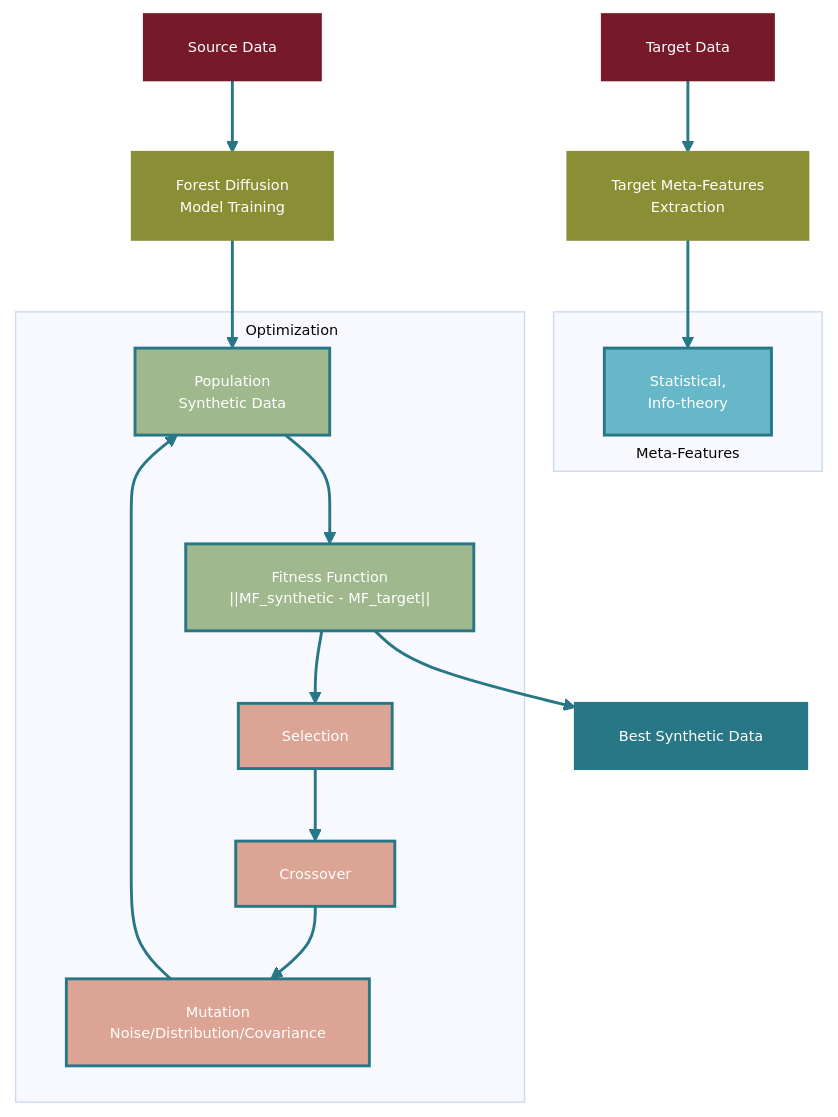
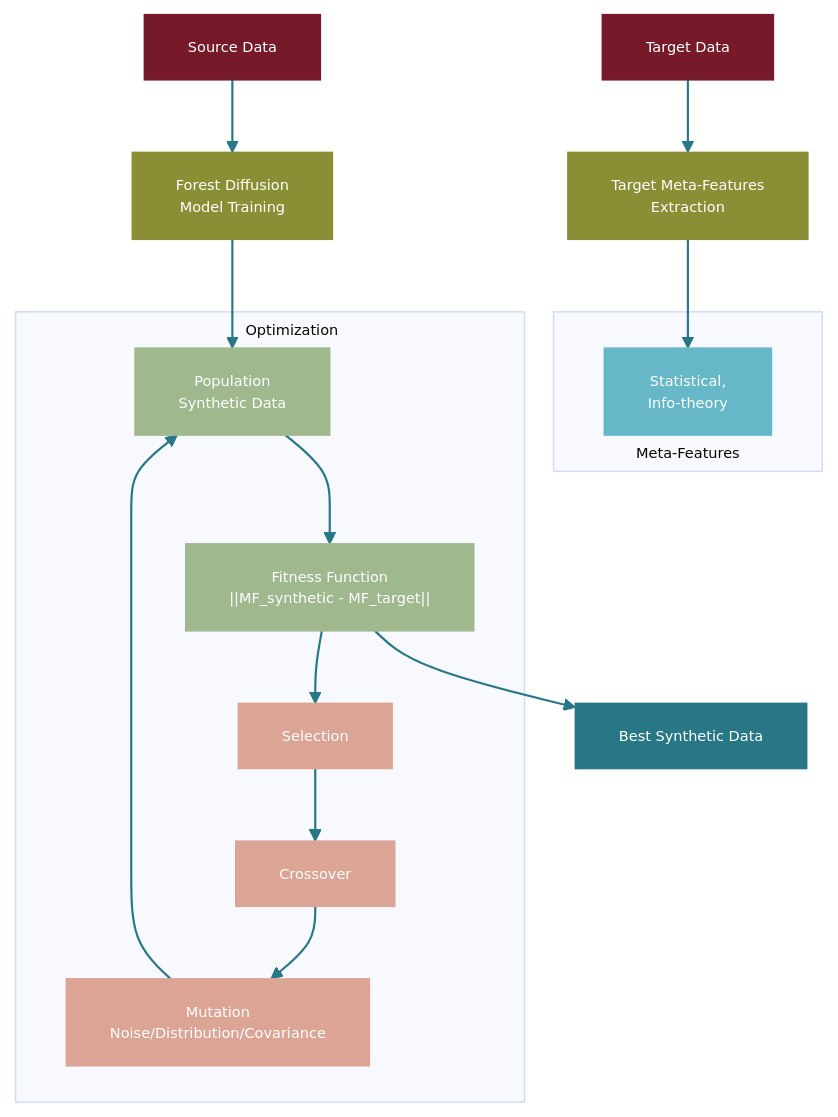
Before and after one commit to ITMO-NSS-team/OOD_Tab_Evaluation: the second of 2 diagrams in README.md, drawn with Mermaid. The commit also changed other lines of this file, not shown here.

````diff
--- a/README.md
+++ b/README.md
@@ -121,36 +121,36 @@
 ```mermaid
 %%{init: {'theme': 'base', 'themeVariables': { 'fontSize': '10px' }}}%%
 graph TD
     A[Source Data] --> C[Forest Diffusion<br/>Model Training]
     B[Target Data] --> D[Target Meta-Features<br/>Extraction]
     
     subgraph Meta-Features["<div style='text-align: center; margin-top: 90px;'>Meta-Features</div>"]
         E["Statistical,<br/>Info-theory"]
     end
     
     subgraph Evolutionary Process["<div style='text-align: left; margin-top: 5px; margin-left: 30px;'>Optimization</div>"]
         F["Population<br/>Synthetic Data"] --> G["Fitness Function<br/>||MF_synthetic - MF_target||"]
         G --> H["Selection"]
         H --> I["Crossover"]
         I --> J["Mutation<br/>Noise/Distribution/Covariance"]
         J --> F
     end
     
     C --> F
     D --> E
     G --> K["Best Synthetic Data"]
     
-    style A fill:#761A29,stroke:#761A29,stroke-width:2px,color:#fff
-    style B fill:#761A29,stroke:#761A29,stroke-width:2px,color:#fff
-    style C fill:#8A8F35,stroke:#8A8F35,stroke-width:2px,color:#fff
-    style D fill:#8A8F35,stroke:#8A8F35,stroke-width:2px,color:#fff
-    style K fill:#287786,stroke:#287786,stroke-width:2px,color:#fff
-    style E fill:#66B8C8,stroke:#287786,stroke-width:2px,color:#fff
-    style F fill:#9FB88E,stroke:#287786,stroke-width:2px,color:#fff
-    style G fill:#9FB88E,stroke:#287786,stroke-width:2px,color:#fff
-    style H fill:#DBA494,stroke:#287786,stroke-width:2px,color:#fff
-    style I fill:#DBA494,stroke:#287786,stroke-width:2px,color:#fff
-    style J fill:#DBA494,stroke:#287786,stroke-width:2px,color:#fff
+    style A fill:#761A29,stroke:#761A29,stroke-width:1px,color:#fff
+    style B fill:#761A29,stroke:#761A29,stroke-width:1px,color:#fff
+    style C fill:#8A8F35,stroke:#8A8F35,stroke-width:1px,color:#fff
+    style D fill:#8A8F35,stroke:#8A8F35,stroke-width:1px,color:#fff
+    style K fill:#287786,stroke:#287786,stroke-width:1px,color:#fff
+    style E fill:#66B8C8,stroke:#66B8C8,stroke-width:1px,color:#fff
+    style F fill:#9FB88E,stroke:#9FB88E,stroke-width:1px,color:#fff
+    style G fill:#9FB88E,stroke:#9FB88E,stroke-width:1px,color:#fff
+    style H fill:#DBA494,stroke:#DBA494,stroke-width:1px,color:#fff
+    style I fill:#DBA494,stroke:#DBA494,stroke-width:1px,color:#fff
+    style J fill:#DBA494,stroke:#DBA494,stroke-width:1px,color:#fff
     
-    linkStyle default stroke:#287786,stroke-width:2px
+    linkStyle default stroke:#287786,stroke-width:1.5px
 ```
````
